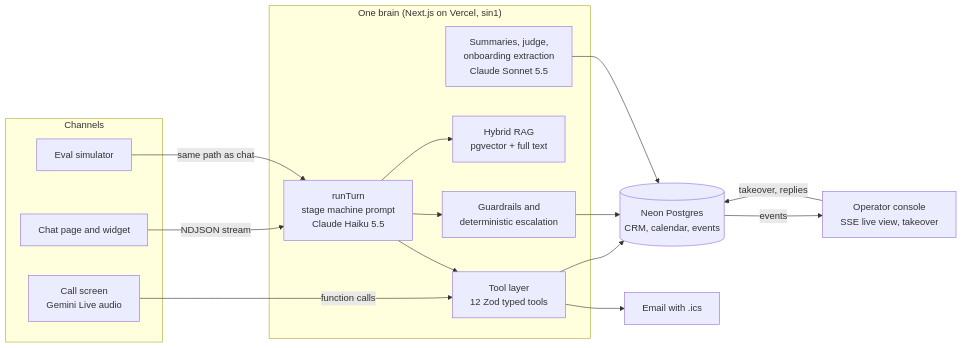
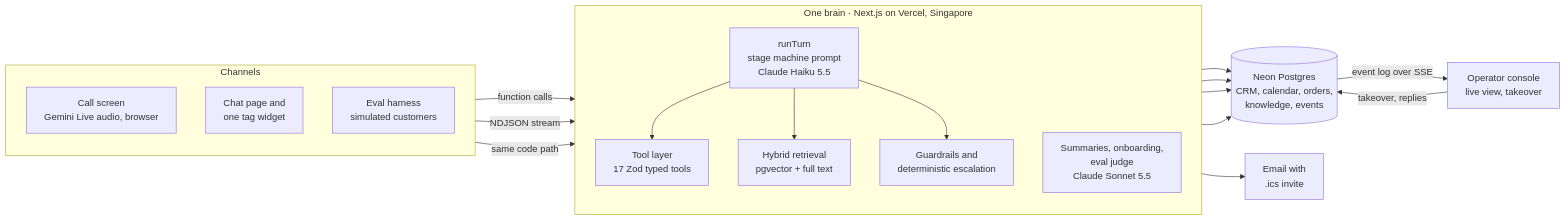
Before and after one commit to Adwaitbytes/suryo: the first of 11 diagrams in README.md, drawn with Mermaid. The commit also changed other lines of this file and 22 other files, not shown here.

Commit message:
README with diagrams and screenshots, banner, pitch deck

````diff
--- a/README.md
+++ b/README.md
@@ -39,31 +145,36 @@
 ```mermaid
 flowchart LR
   subgraph Channels
-    V[Call screen<br/>Gemini Live audio]
-    C[Chat page and widget]
-    E[Eval simulator]
+    direction TB
+    V["Call screen<br/>Gemini Live audio, browser"]
+    C["Chat page and<br/>one tag widget"]
+    E["Eval harness<br/>simulated customers"]
   end
-  subgraph Brain["One brain (Next.js on Vercel, sin1)"]
-    R[runTurn<br/>stage machine prompt<br/>Claude Haiku 5.5]
-    T[Tool layer<br/>12 Zod typed tools]
-    K[Hybrid RAG<br/>pgvector + full text]
-    G[Guardrails and<br/>deterministic escalation]
-    S[Summaries, judge,<br/>onboarding extraction<br/>Claude Sonnet 5.5]
+
+  subgraph Brain["One brain · Next.js on Vercel, Singapore"]
+    direction TB
+    R["runTurn<br/>stage machine prompt<br/>Claude Haiku 5.5"]
+    T["Tool layer<br/>17 Zod typed tools"]
+    K["Hybrid retrieval<br/>pgvector + full text"]
+    G["Guardrails and<br/>deterministic escalation"]
+    S["Summaries, onboarding,<br/>eval judge<br/>Claude Sonnet 5.5"]
   end
-  DB[(Neon Postgres<br/>CRM, calendar, events)]
-  M[Email with .ics]
-  O[Operator console<br/>SSE live view, takeover]
 
-  V -- function calls --> T
-  C -- NDJSON stream --> R
-  E -- same path as chat --> R
+  DB[("Neon Postgres<br/>CRM, calendar, orders,<br/>knowledge, events")]
+  M["Email with<br/>.ics invite"]
+  O["Operator console<br/>live view, takeover"]
+
+  V -- "function calls" --> T
+  C -- "NDJSON stream" --> R
+  E -- "same code path" --> R
   R --> T
   R --> K
   R --> G
   T --> DB
   T --> M
+  K --> DB
   G --> DB
   S --> DB
-  DB -- events --> O
-  O -- takeover, replies --> DB
+  DB -- "event log over SSE" --> O
+  O -- "takeover, replies" --> DB
 ```
````
